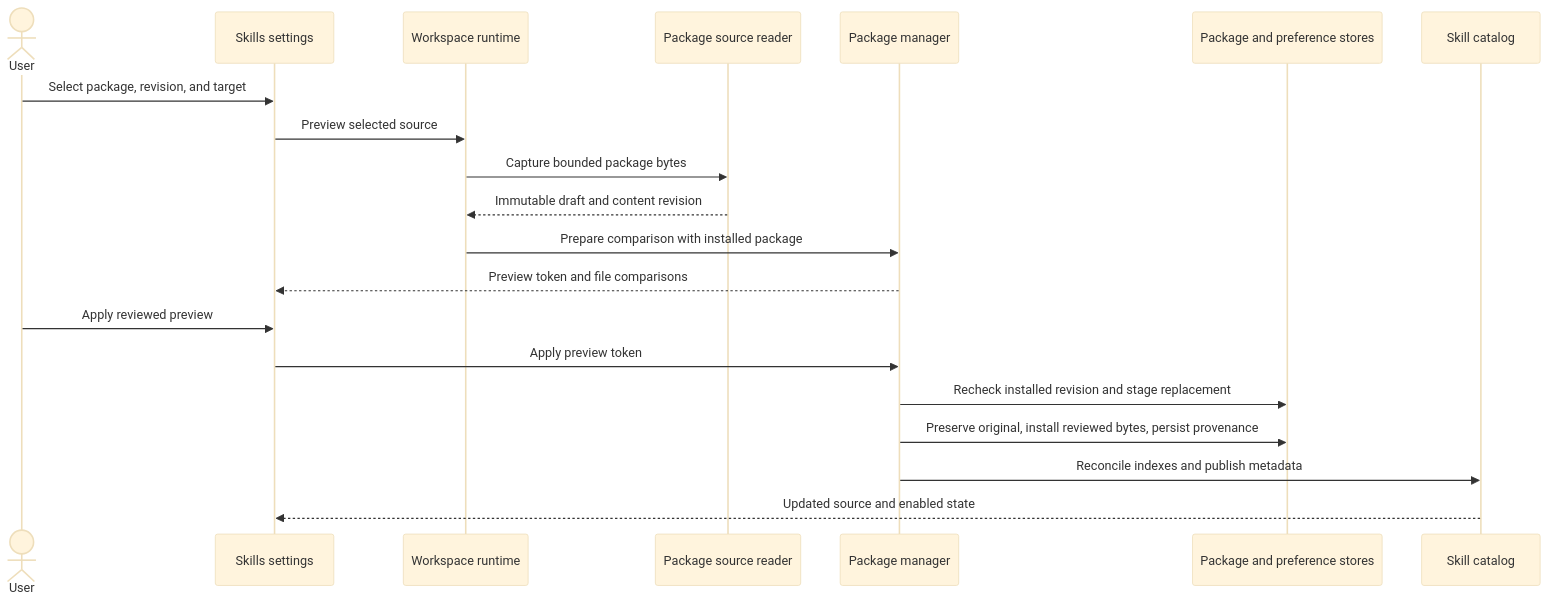
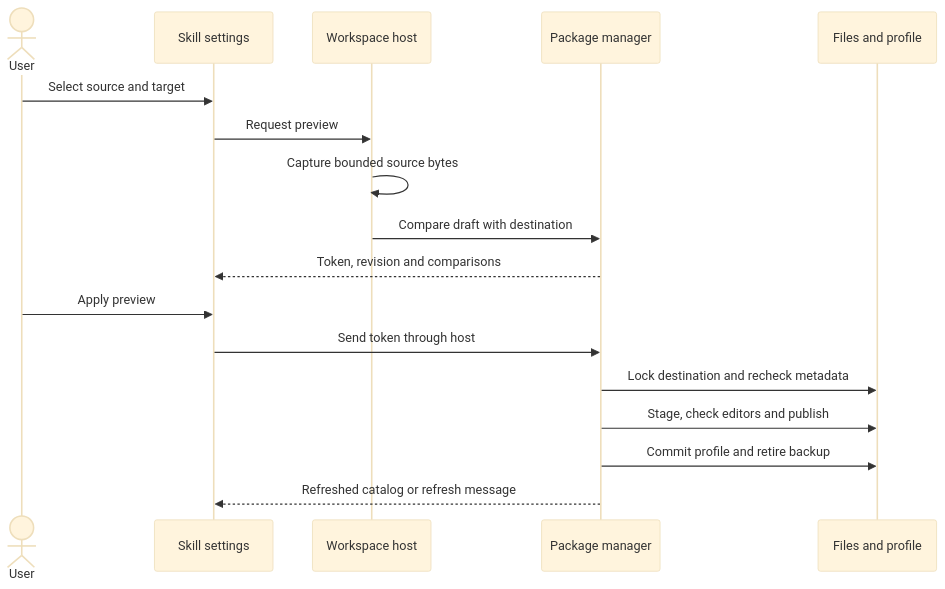
Before and after one commit to danceroutine/Glyph: the seventh of 10 diagrams in docs/AGENT_INSTRUCTIONS.md, drawn with Mermaid (base theme). The commit also changed other lines of this file, not shown here.

Commit message:
Document instruction identity, approval and sandbox flows

````diff
--- a/docs/AGENT_INSTRUCTIONS.md
+++ b/docs/AGENT_INSTRUCTIONS.md
@@ -316,22 +314,20 @@
 ```mermaid
 sequenceDiagram
     actor User
-    participant Settings as Skills settings
-    participant Host as Workspace runtime
-    participant Reader as Package source reader
+    participant UI as Skill settings
+    participant Host as Workspace host
     participant Manager as Package manager
-    participant Store as Package and preference stores
-    participant Catalog as Skill catalog
-    User->>Settings: Select package, revision, and target
-    Settings->>Host: Preview selected source
-    Host->>Reader: Capture bounded package bytes
-    Reader-->>Host: Immutable draft and content revision
-    Host->>Manager: Prepare comparison with installed package
-    Manager-->>Settings: Preview token and file comparisons
-    User->>Settings: Apply reviewed preview
-    Settings->>Manager: Apply preview token
-    Manager->>Store: Recheck installed revision and stage replacement
-    Manager->>Store: Preserve original, install reviewed bytes, persist provenance
-    Manager->>Catalog: Reconcile indexes and publish metadata
-    Catalog-->>Settings: Updated source and enabled state
+    participant Store as Files and profile
+
+    User->>UI: Select source and target
+    UI->>Host: Request preview
+    Host->>Host: Capture bounded source bytes
+    Host->>Manager: Compare draft with destination
+    Manager-->>UI: Token, revision and comparisons
+    User->>UI: Apply preview
+    UI->>Manager: Send token through host
+    Manager->>Store: Lock destination and recheck metadata
+    Manager->>Store: Stage, check editors and publish
+    Manager->>Store: Commit profile and retire backup
+    Manager-->>UI: Refreshed catalog or refresh message
 ```
````
